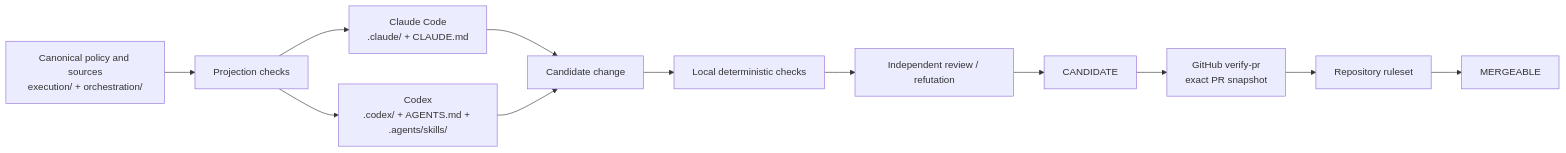
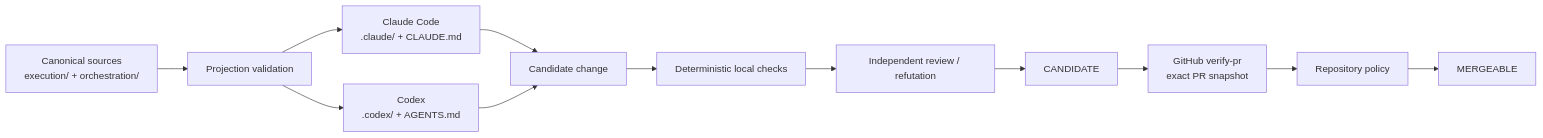
One commit to MrSchrodingers/claude-mecanismo changed the diagram in README.md. Above: the diagram before and after it, drawn with Mermaid. The commit also changed other lines of this file, not shown here.

Commit message:
docs: corrige README inglês e exposição de skills

````diff
--- a/README.md
+++ b/README.md
@@ -178,16 +188,16 @@
 ```mermaid
 flowchart LR
-    A[Canonical policy and sources<br/>execution/ + orchestration/] --> B[Projection checks]
+    A[Canonical sources<br/>execution/ + orchestration/] --> B[Projection validation]
     B --> C[Claude Code<br/>.claude/ + CLAUDE.md]
-    B --> D[Codex<br/>.codex/ + AGENTS.md + .agents/skills/]
+    B --> D[Codex<br/>.codex/ + AGENTS.md]
 
     C --> E[Candidate change]
     D --> E
 
-    E --> F[Local deterministic checks]
+    E --> F[Deterministic local checks]
     F --> G[Independent review / refutation]
     G --> H[CANDIDATE]
     H --> I[GitHub verify-pr<br/>exact PR snapshot]
-    I --> J[Repository ruleset]
+    I --> J[Repository policy]
     J --> K[MERGEABLE]
 ```
````
